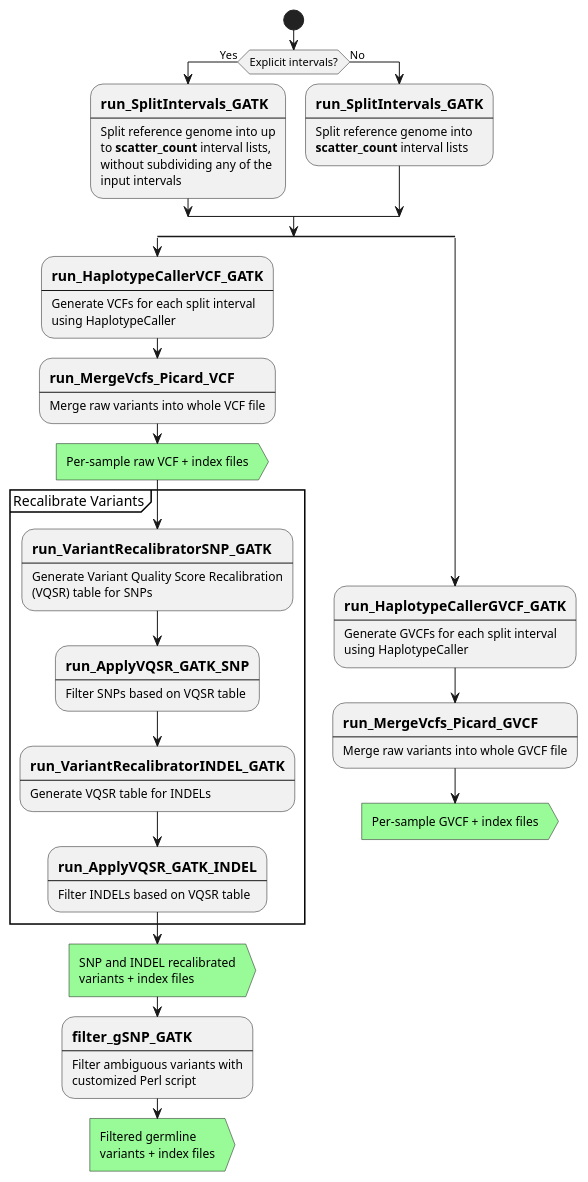
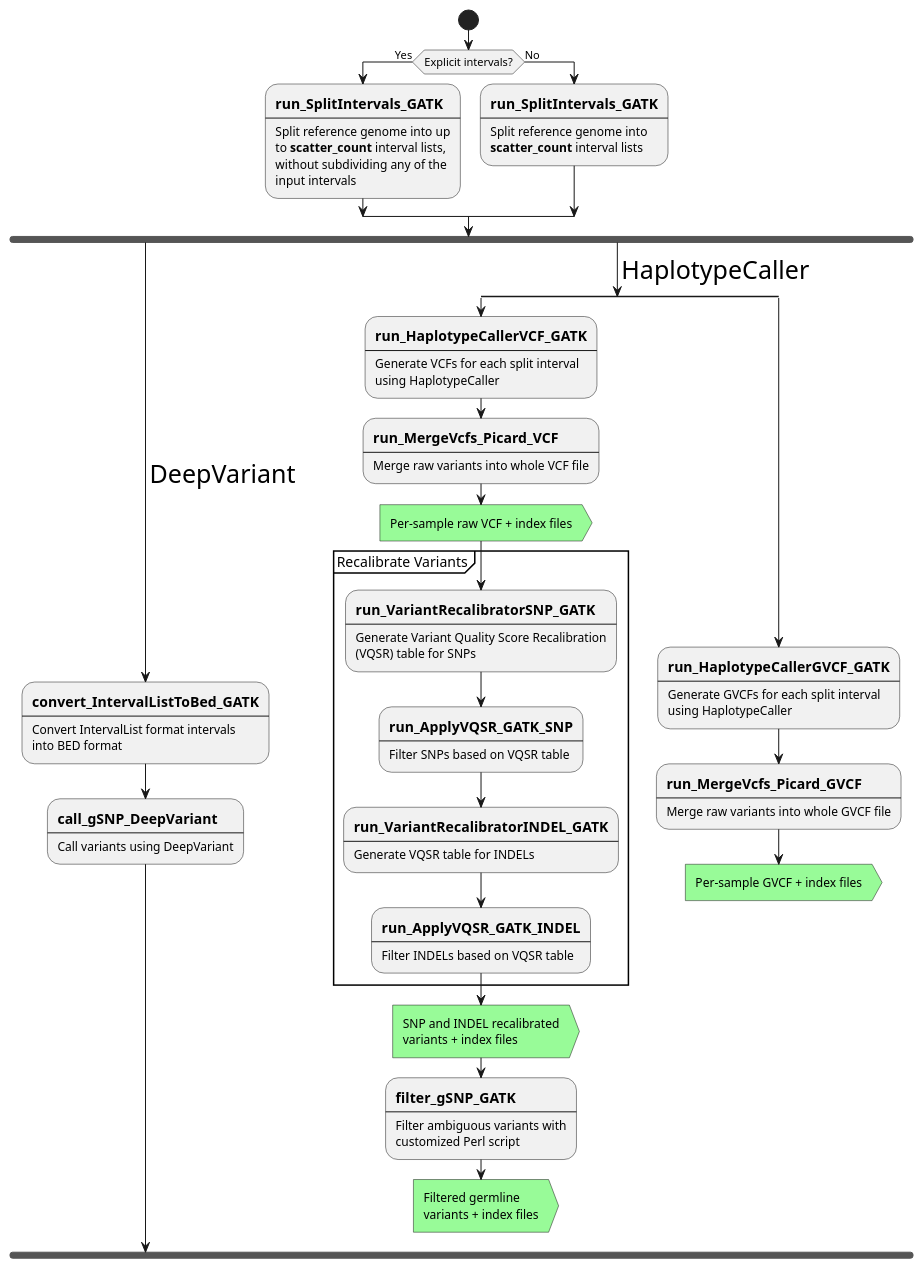
Before and after one commit to uclahs-cds/pipeline-call-gSNP: the diagram in docs/call-gsnp-flow.puml, drawn with PlantUML.

Commit message:
Update PlantUML diagram

```diff
--- a/docs/call-gsnp-flow.puml
+++ b/docs/call-gsnp-flow.puml
@@ -1,86 +1,97 @@
 @startuml
 
 skinparam ConditionEndStyle hline
 
 start
 
 if (Explicit intervals?) is (Yes) then
-    :==run_SplitIntervals_GATK
-    ----
-    Split reference genome into up
-    to **scatter_count** interval lists,
-    without subdividing any of the
-    input intervals;
+  :==run_SplitIntervals_GATK
+  ----
+  Split reference genome into up
+  to **scatter_count** interval lists,
+  without subdividing any of the
+  input intervals;
 else (No)
-    :==run_SplitIntervals_GATK
-    ----
-    Split reference genome into
-    **scatter_count** interval lists;
+  :==run_SplitIntervals_GATK
+  ----
+  Split reference genome into
+  **scatter_count** interval lists;
 endif
 
-split
+fork
+  -><size:25>DeepVariant</size>;
+  :==convert_IntervalListToBed_GATK
+  ----
+  Convert IntervalList format intervals 
+  into BED format;
+  :==call_gSNP_DeepVariant
+  ----
+  Call variants using DeepVariant;
+fork again
+  -><size:25>HaplotypeCaller</size>;
+  split
 
-:==run_HaplotypeCallerVCF_GATK
-----
-Generate VCFs for each split interval
-using HaplotypeCaller;
+  :==run_HaplotypeCallerVCF_GATK
+  ----
+  Generate VCFs for each split interval
+  using HaplotypeCaller;
 
-:==run_MergeVcfs_Picard_VCF
-----
-Merge raw variants into whole VCF file;
+  :==run_MergeVcfs_Picard_VCF
+  ----
+  Merge raw variants into whole VCF file;
 
-#palegreen:Per-sample raw VCF + index files>
+  #palegreen:Per-sample raw VCF + index files>
 
-partition "Recalibrate Variants" {
+  partition "Recalibrate Variants" {
 
-:==run_VariantRecalibratorSNP_GATK
-----
-Generate Variant Quality Score Recalibration
-(VQSR) table for SNPs;
+  :==run_VariantRecalibratorSNP_GATK
+  ----
+  Generate Variant Quality Score Recalibration
+  (VQSR) table for SNPs;
 
-:==run_ApplyVQSR_GATK_SNP
-----
-Filter SNPs based on VQSR table;
+  :==run_ApplyVQSR_GATK_SNP
+  ----
+  Filter SNPs based on VQSR table;
 
-:==run_VariantRecalibratorINDEL_GATK
-----
-Generate VQSR table for INDELs;
+  :==run_VariantRecalibratorINDEL_GATK
+  ----
+  Generate VQSR table for INDELs;
 
-:==run_ApplyVQSR_GATK_INDEL
-----
-Filter INDELs based on VQSR table;
+  :==run_ApplyVQSR_GATK_INDEL
+  ----
+  Filter INDELs based on VQSR table;
 
-}
+  }
 
-#palegreen:SNP and INDEL recalibrated
-variants + index files>
+  #palegreen:SNP and INDEL recalibrated
+  variants + index files>
 
-:==filter_gSNP_GATK
-----
-Filter ambiguous variants with
-customized Perl script;
+  :==filter_gSNP_GATK
+  ----
+  Filter ambiguous variants with
+  customized Perl script;
 
-#palegreen:Filtered germline
-variants + index files>
+  #palegreen:Filtered germline
+  variants + index files>
 
-detach
+  detach
 
-split again
+  split again
 
-:==run_HaplotypeCallerGVCF_GATK
-----
-Generate GVCFs for each split interval
-using HaplotypeCaller;
+  :==run_HaplotypeCallerGVCF_GATK
+  ----
+  Generate GVCFs for each split interval
+  using HaplotypeCaller;
 
-:==run_MergeVcfs_Picard_GVCF
-----
-Merge raw variants into whole GVCF file;
+  :==run_MergeVcfs_Picard_GVCF
+  ----
+  Merge raw variants into whole GVCF file;
 
-#palegreen:Per-sample GVCF + index files>
+  #palegreen:Per-sample GVCF + index files>
 
-detach
+  detach
 
-endsplit
-
+  endsplit
+end fork
 
 @enduml
```
